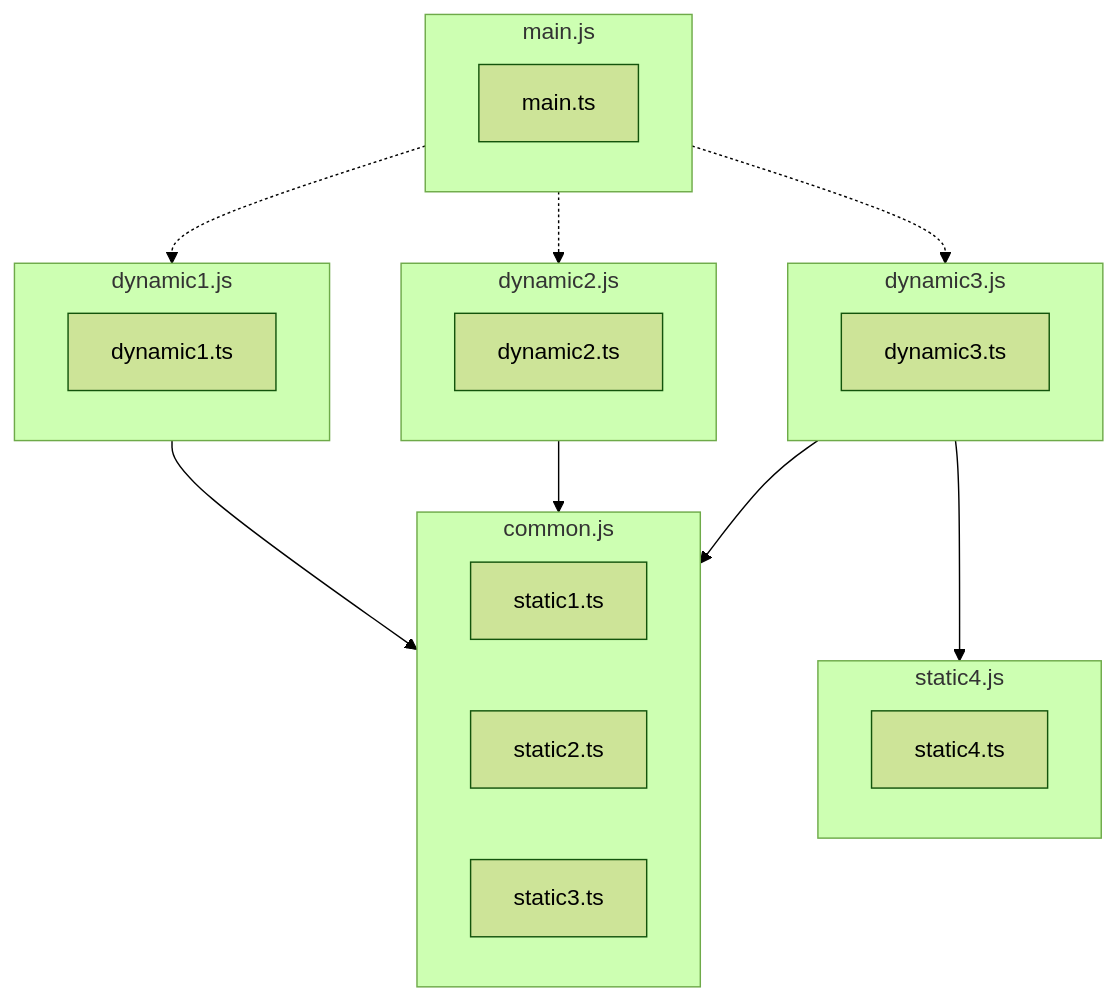
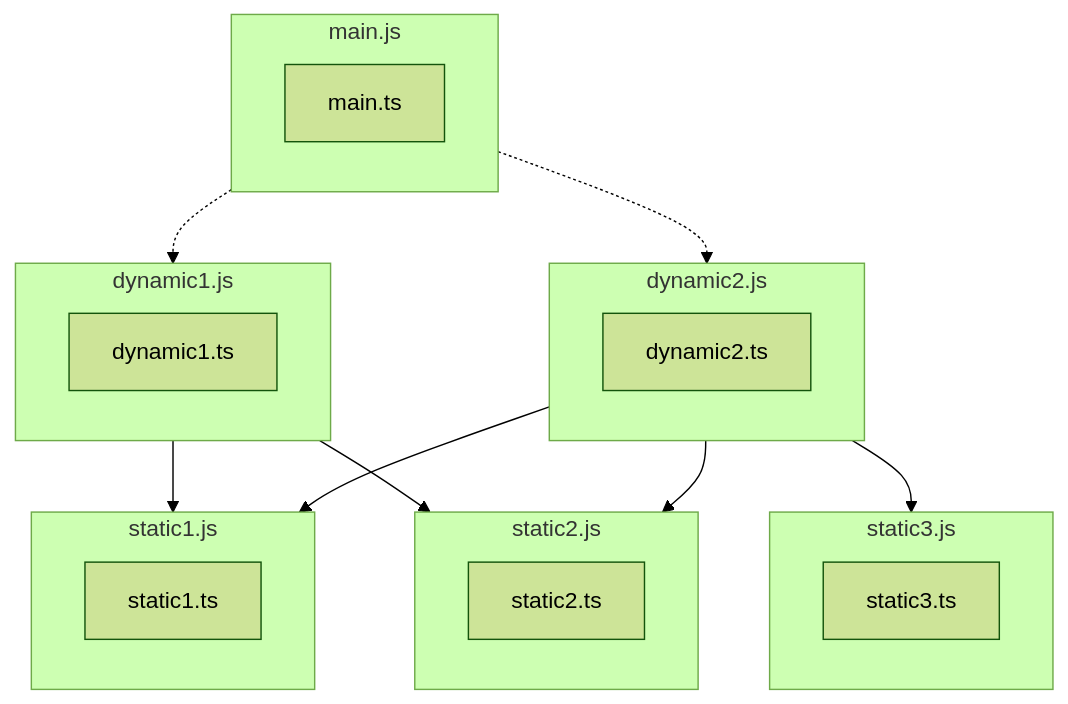
The third of 5 diagrams in problem-statements.md (push-based/ngx-build), drawn with Mermaid (forest theme) before and after one commit. The commit also changed other lines of this file and 1 other file, not shown here.

````diff
--- a/problem-statements.md
+++ b/problem-statements.md
@@ -200,44 +73,38 @@
 ```mermaid
 graph TD
     main.ts
     dynamic1.ts
     dynamic2.ts
-    dynamic3.ts
     static1.ts
     static2.ts
     static3.ts
-    static4.ts
 
     subgraph main.js
         main.ts
     end
     subgraph dynamic1.js
         dynamic1.ts
     end
     subgraph dynamic2.js
         dynamic2.ts
     end
-    subgraph dynamic3.js
-        dynamic3.ts
+    subgraph static1.js
+        static1.ts
     end
-    subgraph static4.js
-        static4.ts
+    subgraph static2.js
+        static2.ts
     end
-    
-    subgraph common.js
-        static1.ts
-        static2.ts
+    subgraph static3.js
         static3.ts
     end
 
     main.js -.-> dynamic1.js
     main.js -.-> dynamic2.js
-    main.js -.-> dynamic3.js
 
-    dynamic1.js --> common.js
+    dynamic1.js --> static1.js
+    dynamic1.js --> static2.js
 
-    dynamic2.js --> common.js
-
-    dynamic3.js --> common.js
-    dynamic3.js --> static4.js
+    dynamic2.js --> static1.js
+    dynamic2.js --> static2.js
+    dynamic2.js --> static3.js
 ```
````
